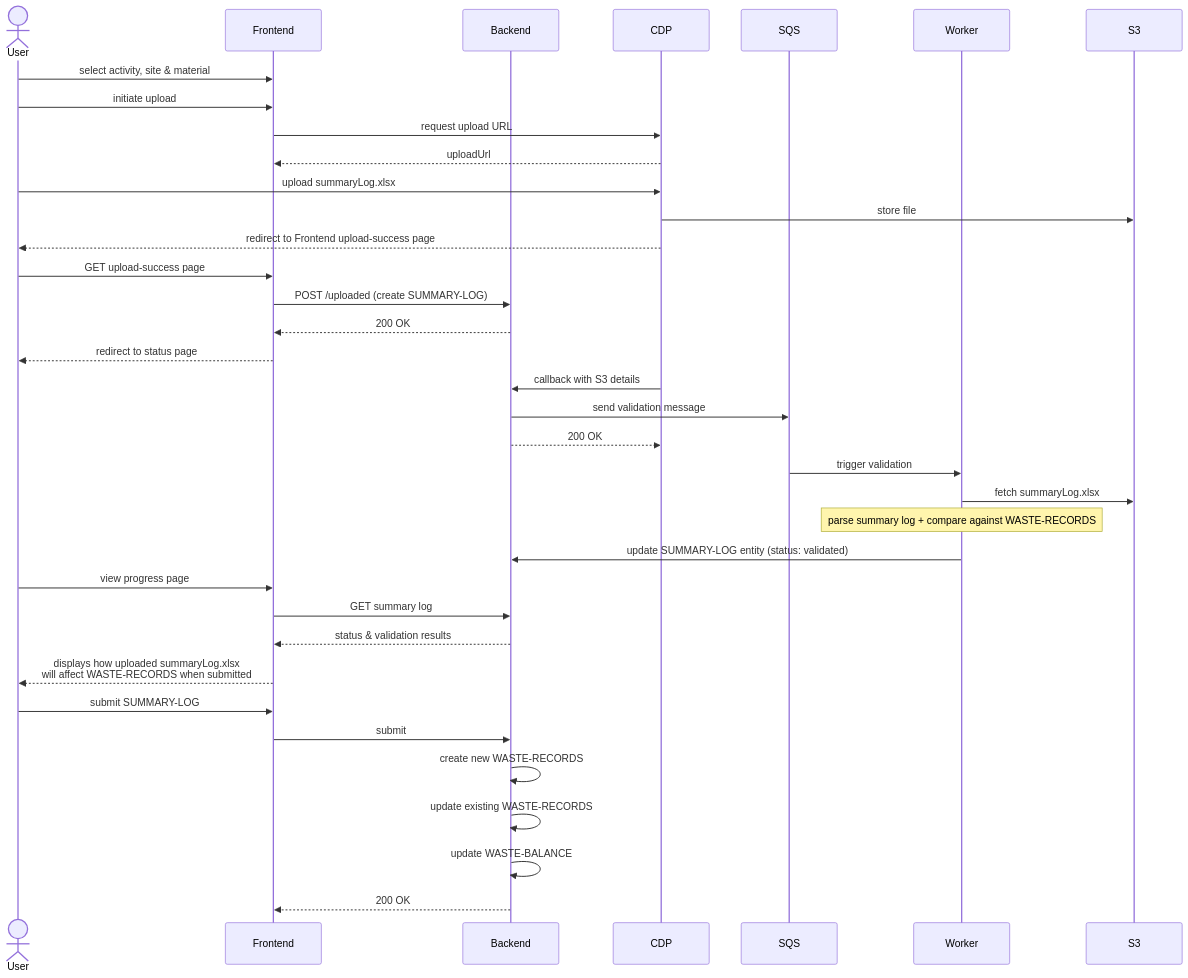
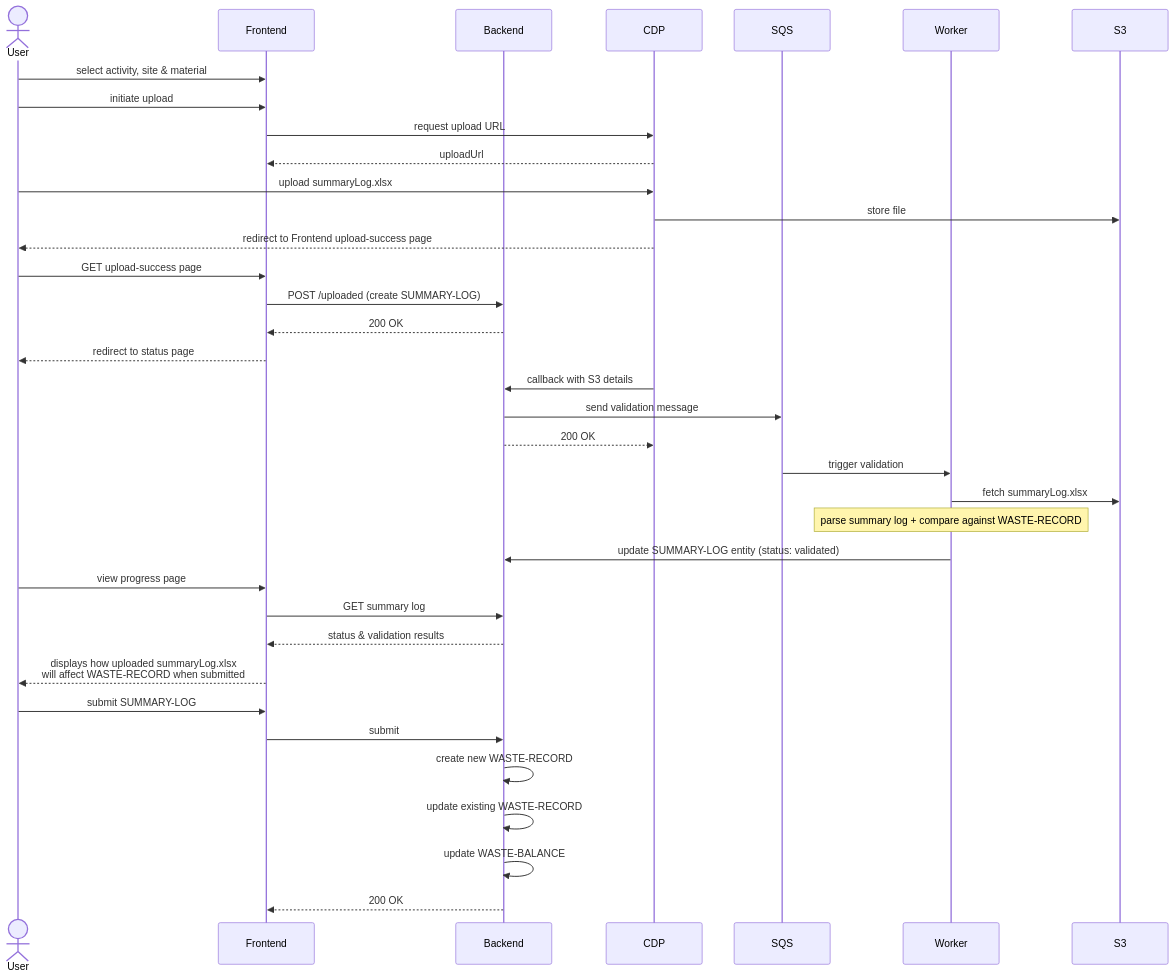
The tenth of 10 diagrams in docs/architecture/defined/pepr-hld.md (DEFRA/epr-re-ex-service), drawn with Mermaid before and after one commit. The commit also changed other lines of this file and 3 other files, not shown here.

Commit message:
PAE-1779: Correct the waste record persistence claims in the defined architecture docs (#405)

````diff
--- a/docs/architecture/defined/pepr-hld.md
+++ b/docs/architecture/defined/pepr-hld.md
@@ -465,39 +468,39 @@
 ```mermaid
 sequenceDiagram
     actor User
     participant Frontend
     participant Backend
     participant CDP
     participant SQS
     participant Worker
     participant S3
 
     User->>Frontend: select activity, site & material
     User->>Frontend: initiate upload
     Frontend->>CDP: request upload URL
     CDP-->>Frontend: uploadUrl
     User->>CDP: upload summaryLog.xlsx
     CDP->>S3: store file
     CDP-->>User: redirect to Frontend upload-success page
     User->>Frontend: GET upload-success page
     Frontend->>Backend: POST /uploaded (create SUMMARY-LOG)
     Backend-->>Frontend: 200 OK
     Frontend-->>User: redirect to status page
     CDP->>Backend: callback with S3 details
     Backend->>SQS: send validation message
     Backend-->>CDP: 200 OK
     SQS->>Worker: trigger validation
     Worker->>S3: fetch summaryLog.xlsx
-    Note over Worker: parse summary log + compare against WASTE-RECORDS
+    Note over Worker: parse summary log + compare against WASTE-RECORD
     Worker->>Backend: update SUMMARY-LOG entity (status: validated)
     User->>Frontend: view progress page
     Frontend->>Backend: GET summary log
     Backend-->>Frontend: status & validation results
-    Frontend-->>User: displays how uploaded summaryLog.xlsx<br> will affect WASTE-RECORDS when submitted
+    Frontend-->>User: displays how uploaded summaryLog.xlsx<br> will affect WASTE-RECORD when submitted
     User->>Frontend: submit SUMMARY-LOG
     Frontend->>Backend: submit
-    Backend->>Backend: create new WASTE-RECORDS
-    Backend->>Backend: update existing WASTE-RECORDS
+    Backend->>Backend: create new WASTE-RECORD
+    Backend->>Backend: update existing WASTE-RECORD
     Backend->>Backend: update WASTE-BALANCE
     Backend-->>Frontend: 200 OK
 ```
````
